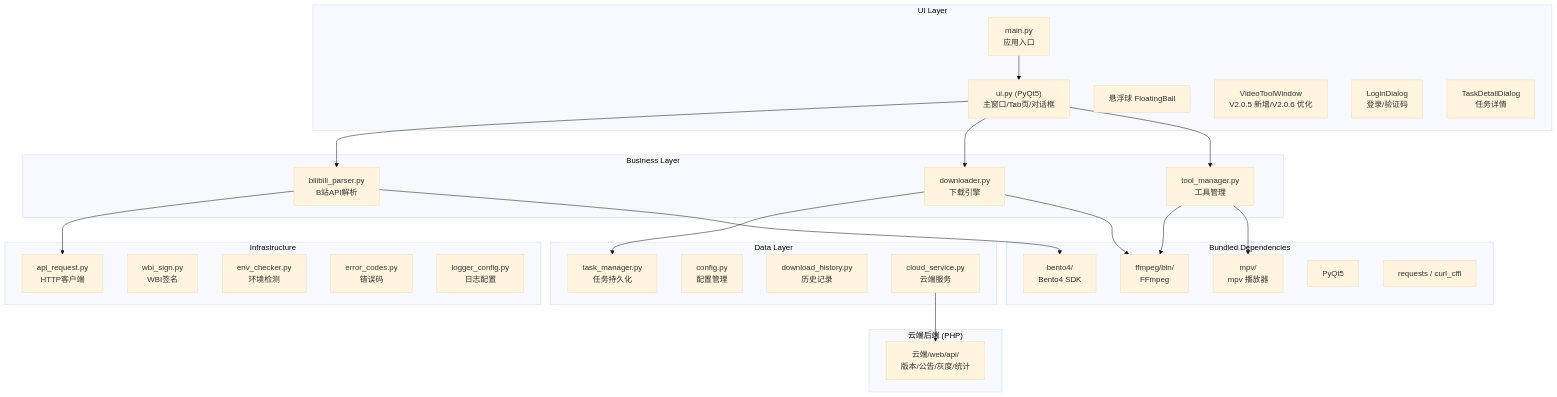
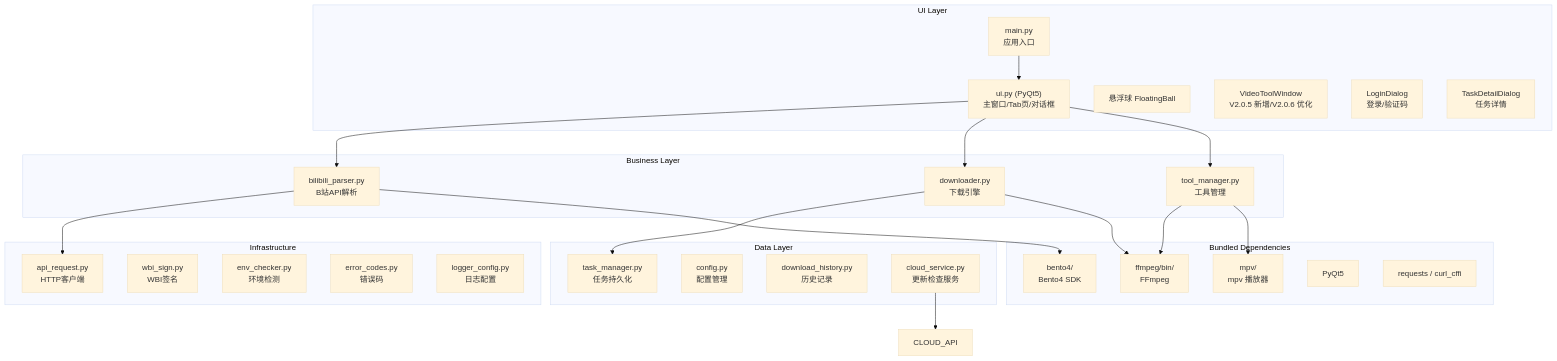
One commit to NANblogink/bilibilidownloadtool changed the first of 4 diagrams in README.md. Above: the diagram before and after it, drawn with Mermaid (base theme). The commit also changed other lines of this file and 1 other file, not shown here.

````diff
--- a/README.md
+++ b/README.md
@@ -243,56 +140,52 @@
 ```mermaid
 graph TB
     subgraph UI_Layer["UI Layer"]
         MAIN["main.py<br/>应用入口"]
         UI["ui.py (PyQt5)<br/>主窗口/Tab页/对话框"]
         FLOAT["悬浮球 FloatingBall"]
         VIDEO_TOOL["VideoToolWindow<br/>V2.0.5 新增/V2.0.6 优化"]
         LOGIN["LoginDialog<br/>登录/验证码"]
         TASK_DETAIL["TaskDetailDialog<br/>任务详情"]
     end
 
     subgraph Business_Layer["Business Layer"]
         PARSER["bilibili_parser.py<br/>B站API解析"]
         DOWNLOADER["downloader.py<br/>下载引擎"]
         TOOL_MGR["tool_manager.py<br/>工具管理"]
     end
 
     subgraph Data_Layer["Data Layer"]
         TASK_MGR["task_manager.py<br/>任务持久化"]
         CONFIG["config.py<br/>配置管理"]
         HISTORY["download_history.py<br/>历史记录"]
-        CLOUD["cloud_service.py<br/>云端服务"]
+        CLOUD["cloud_service.py<br/>更新检查服务"]
     end
 
     subgraph Infra_Layer["Infrastructure"]
         API_REQ["api_request.py<br/>HTTP客户端"]
         WBI["wbi_sign.py<br/>WBI签名"]
         ENV_CHK["env_checker.py<br/>环境检测"]
         ERROR["error_codes.py<br/>错误码"]
         LOGGER["logger_config.py<br/>日志配置"]
     end
 
     subgraph External["Bundled Dependencies"]
         FFMPEG["ffmpeg/bin/<br/>FFmpeg"]
         BENTO4["bento4/<br/>Bento4 SDK"]
         MPV["mpv/<br/>mpv 播放器"]
         PYQT5["PyQt5"]
         REQUESTS["requests / curl_cffi"]
     end
 
-    subgraph Server["云端后端 (PHP)"]
-        CLOUD_API["云端/web/api/<br/>版本/公告/灰度/统计"]
-    end
-
     MAIN --> UI
     UI --> PARSER
     UI --> DOWNLOADER
     UI --> TOOL_MGR
     DOWNLOADER --> TASK_MGR
     PARSER --> API_REQ
     PARSER --> BENTO4
     TOOL_MGR --> FFMPEG
     TOOL_MGR --> MPV
     DOWNLOADER --> FFMPEG
     CLOUD --> CLOUD_API
 ```
````
